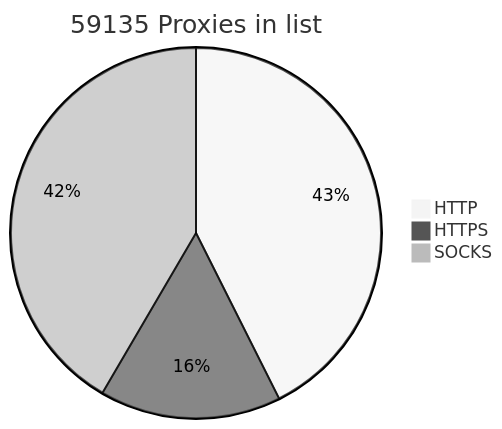
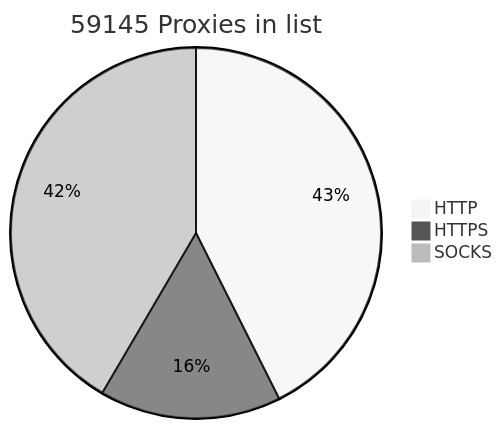
Before and after one commit to BlackSnowDot/proxylist-update-every-minute: the diagram in README.md, drawn with Mermaid (neutral theme).

````diff
--- a/README.md
+++ b/README.md
@@ -2,6 +2,6 @@
 ```mermaid
-pie title 59135 Proxies in list
-    "HTTP" : 28772
-    "HTTPS": 10691
+pie title 59145 Proxies in list
+    "HTTP" : 28778
+    "HTTPS": 10701
     "SOCKS" : 28080
 ```
````
